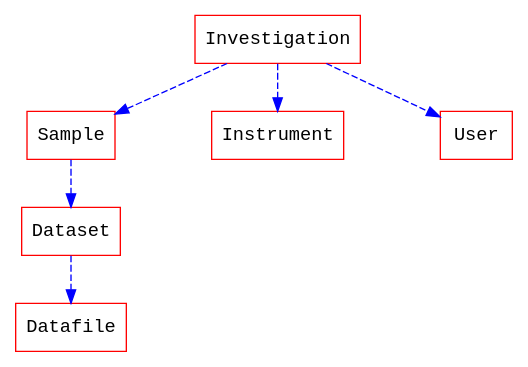
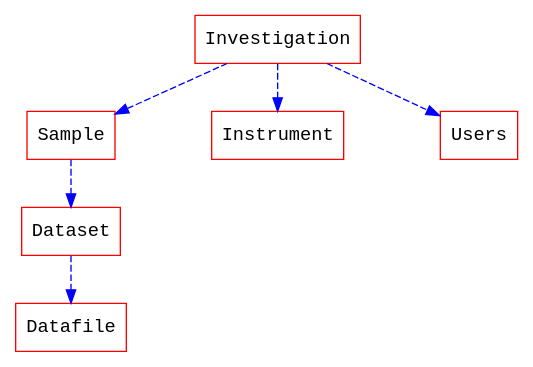
Before and after one commit to antolinos/notes: the first of 6 diagrams in model/main.md, drawn with Graphviz. The commit also changed other lines of this file, not shown here.

````diff
--- a/model/main.md
+++ b/model/main.md
@@ -11,17 +13,17 @@
 ```graphviz
 digraph hierarchy {
 
                 nodesep=1.0 // increases the separation between nodes
 
                 node [color=Red,fontname=Courier,shape=box] //All nodes will this shape and colour
                 edge [color=Blue, style=dashed] //All the lines look like this
 
                 Investigation->{Sample}
                 Investigation->{Instrument}
-                Investigation->{User}
+                Investigation->{Users}
                 Dataset->{Datafile}
                 Sample->{Dataset}
               
                 
 }
 ```
````
